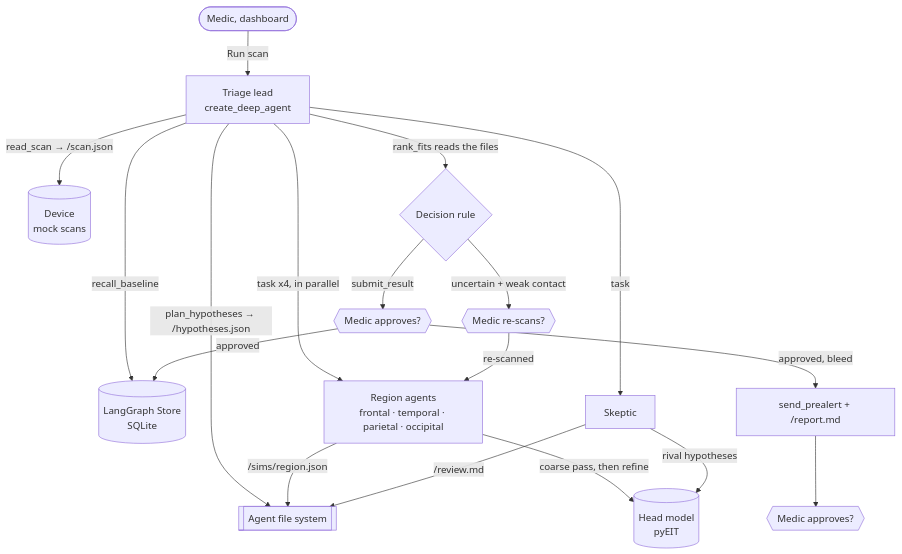
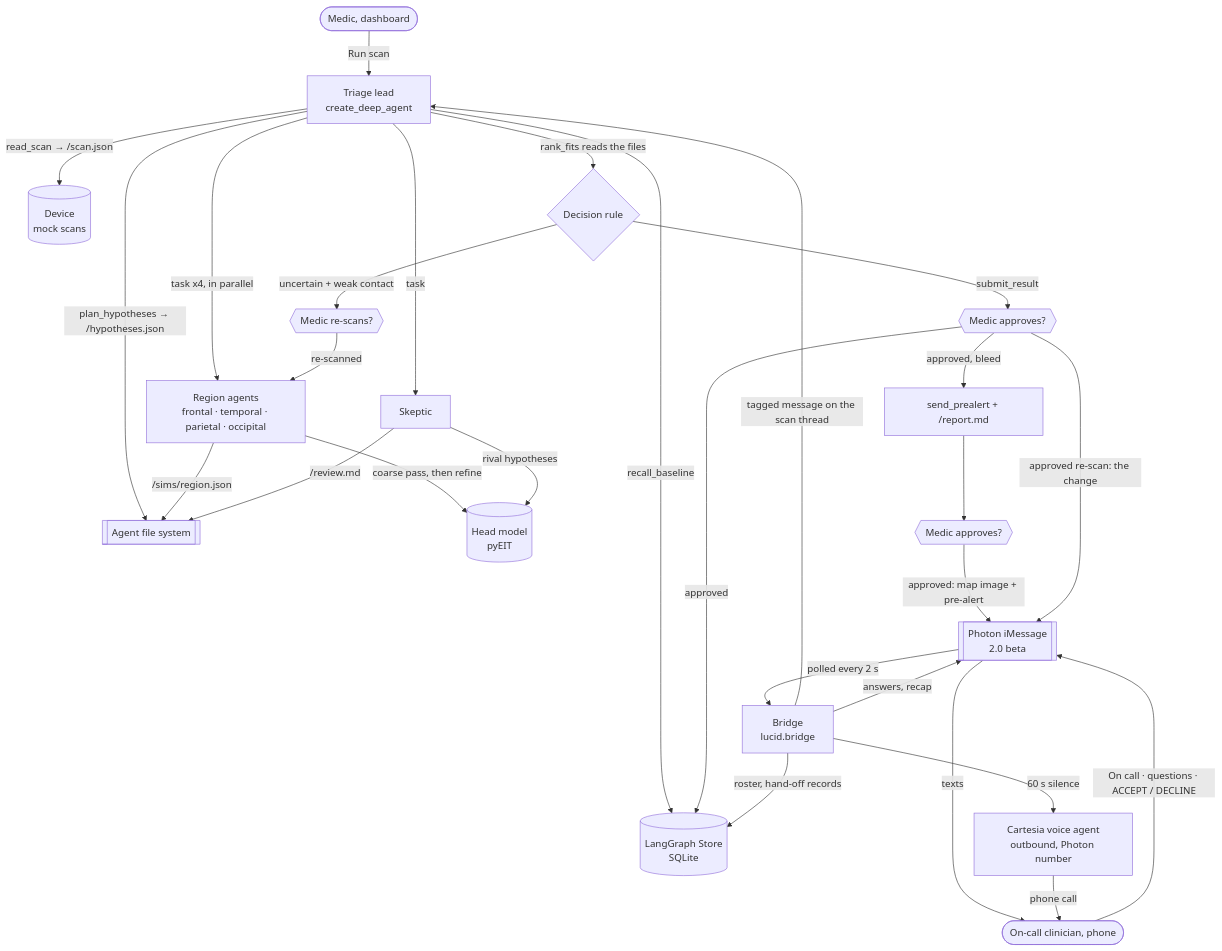
The diagram in agent/README.md (at350/hackprinceton-fall-2026), drawn with Mermaid before and after one commit. The commit also changed other lines of this file and 5 other files, not shown here.

Commit message:
Docs: demo runbook, hand-off sections in both READMEs, Devpost text and pitch for the Photon track

````diff
--- a/agent/README.md
+++ b/agent/README.md
@@ -30,21 +36,31 @@
 ```mermaid
 flowchart TD
     medic([Medic, dashboard]) -- "Run scan" --> lead
     lead[Triage lead<br/>create_deep_agent]
     lead -- "read_scan → /scan.json" --> device[(Device<br/>mock scans)]
     lead -- recall_baseline --> store[(LangGraph Store<br/>SQLite)]
     lead -- "plan_hypotheses → /hypotheses.json" --> fs[[Agent file system]]
     lead -- "task x4, in parallel" --> R["Region agents<br/>frontal · temporal · parietal · occipital"]
     R -- "coarse pass, then refine" --> model[(Head model<br/>pyEIT)]
     R -- "/sims/region.json" --> fs
     lead -- "task" --> S[Skeptic]
     S -- "rival hypotheses" --> model
     S -- "/review.md" --> fs
     lead -- "rank_fits reads the files" --> rule{Decision rule}
     rule -- "uncertain + weak contact" --> g0{{Medic re-scans?}}
     g0 -- "re-scanned" --> R
     rule -- submit_result --> g1{{Medic approves?}}
     g1 -- "approved, bleed" --> pre["send_prealert + /report.md"]
     pre --> g2{{Medic approves?}}
     g1 -- approved --> store
+    g2 -- "approved: map image + pre-alert" --> ph[[Photon iMessage<br/>2.0 beta]]
+    g1 -- "approved re-scan: the change" --> ph
+    ph -- texts --> clin([On-call clinician, phone])
+    clin -- "On call · questions · ACCEPT / DECLINE" --> ph
+    ph -- "polled every 2 s" --> br[Bridge<br/>lucid.bridge]
+    br -- "tagged message on the scan thread" --> lead
+    br -- "answers, recap" --> ph
+    br -- "roster, hand-off records" --> store
+    br -- "60 s silence" --> vc[Cartesia voice agent<br/>outbound, Photon number]
+    vc -- "phone call" --> clin
 ```
````
